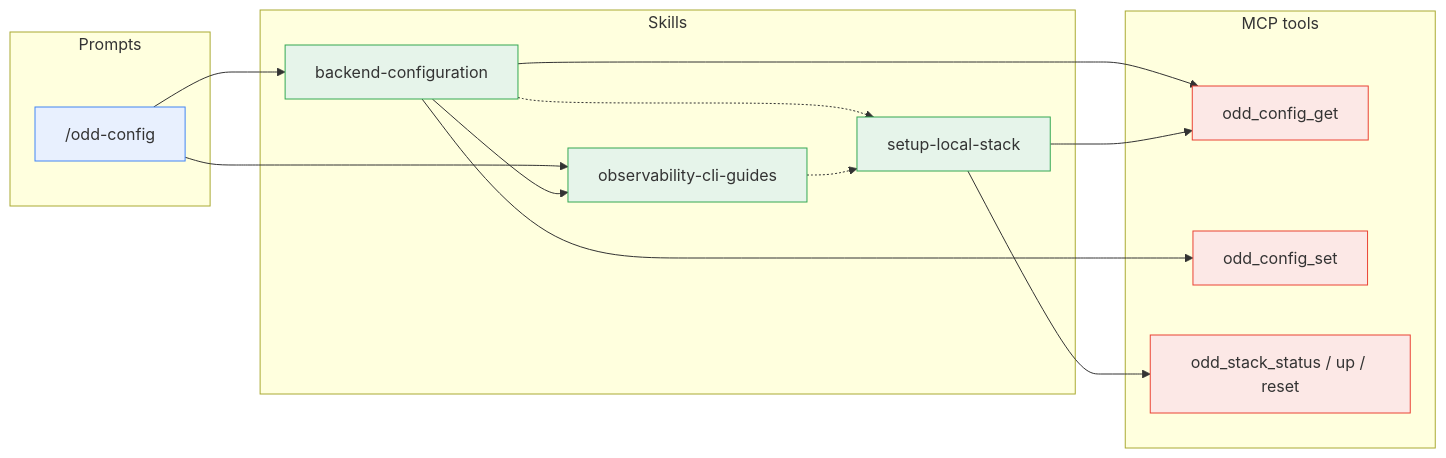
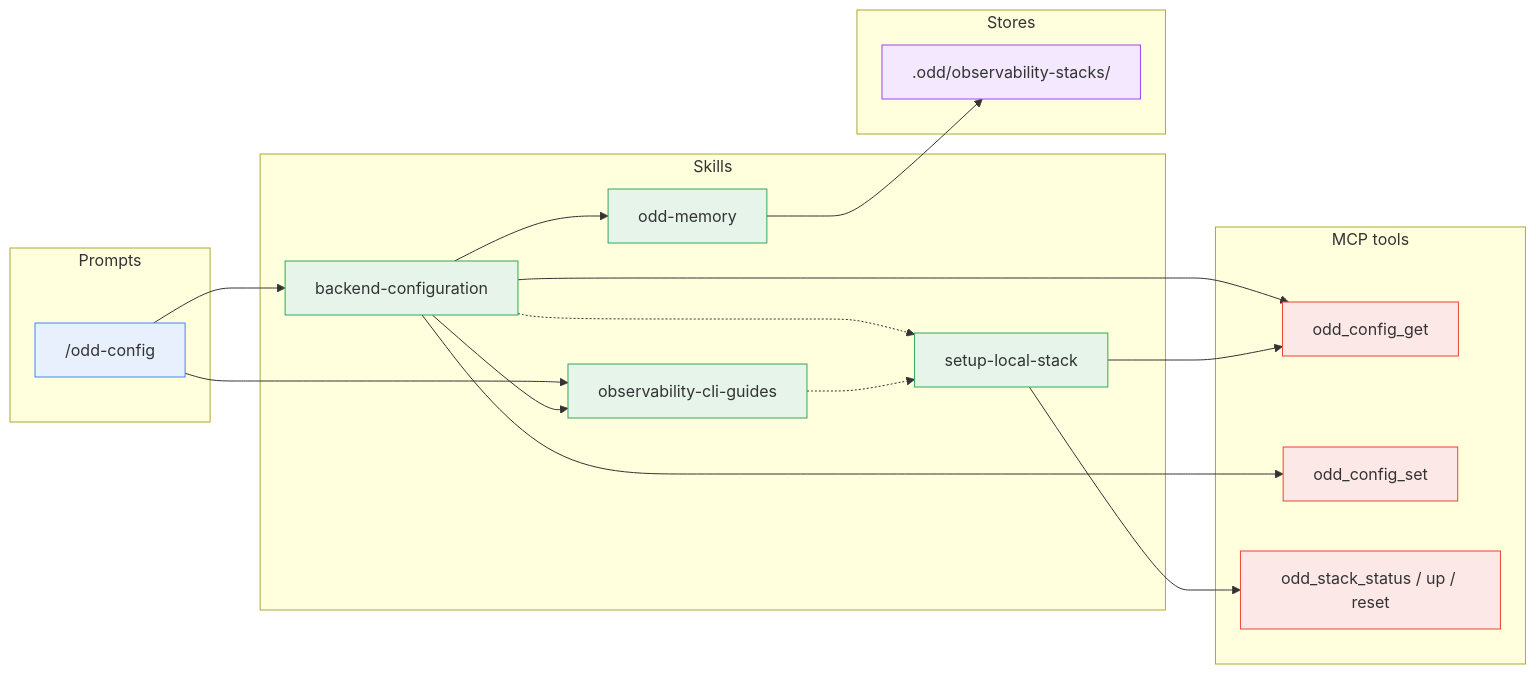
Before and after one commit to using-system/oddyssey: the sixth of 7 diagrams in docs/guide/dependencies.md, drawn with Mermaid. The commit also changed other lines of this file and 13 other files, not shown here.

Commit message:
feat(skill): a custom observability stack as the fifth memory kind, checked against the reference contract at switch time (#325)

````diff
--- a/docs/guide/dependencies.md
+++ b/docs/guide/dependencies.md
@@ -358,37 +362,46 @@
 ```mermaid
 flowchart LR
   subgraph Prompts
     config["/odd-config"]
   end
 
   subgraph Skills
     bc[backend-configuration]
     ocg[observability-cli-guides]
     sls[setup-local-stack]
+    mem[odd-memory]
+  end
+
+  subgraph Stores
+    stackdir[".odd/observability-stacks/"]
   end
 
   subgraph MCP["MCP tools"]
     cfgget[odd_config_get]
     cfgset[odd_config_set]
     stack[odd_stack_status / up / reset]
   end
 
   config --> bc
   config --> ocg
 
   bc --> ocg
+  bc --> mem
+  mem --> stackdir
   bc --> cfgset
 
   bc -.-> sls
   bc --> cfgget
   ocg -.-> sls
   sls --> cfgget
   sls --> stack
 
   classDef prompt fill:#e8f0fe,stroke:#4285f4
   classDef skill fill:#e6f4ea,stroke:#34a853
+  classDef store fill:#f3e8fd,stroke:#a142f4
   classDef mcp fill:#fce8e6,stroke:#ea4335
   class config prompt
-  class bc,ocg,sls skill
+  class bc,ocg,sls,mem skill
+  class stackdir store
   class cfgget,cfgset,stack mcp
 ```
````
